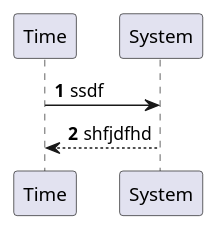
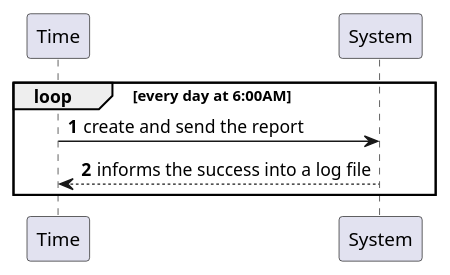
Before and after one commit to MarianaCLages/LAPR2: the diagram in docs/SprintD/US19/US19_SSD.puml, drawn with PlantUML. The commit also changed 12 other files, not shown here.

```diff
--- a/docs/SprintD/US19/US19_SSD.puml
+++ b/docs/SprintD/US19/US19_SSD.puml
@@ -1,10 +1,12 @@
 @startuml
 
 autonumber
 participant "Time" as tm
 participant "System" as sys
 
-tm -> sys: ssdf
-sys --> tm: shfjdfhd
+loop every day at 6:00AM
+    tm -> sys: create and send the report
+    sys --> tm: informs the success into a log file
+end
 
 @enduml
```
